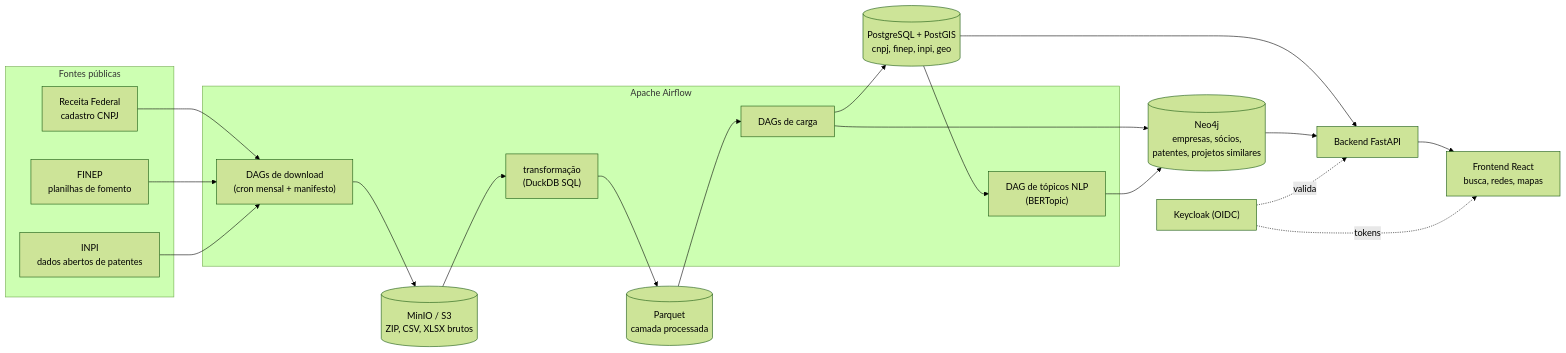
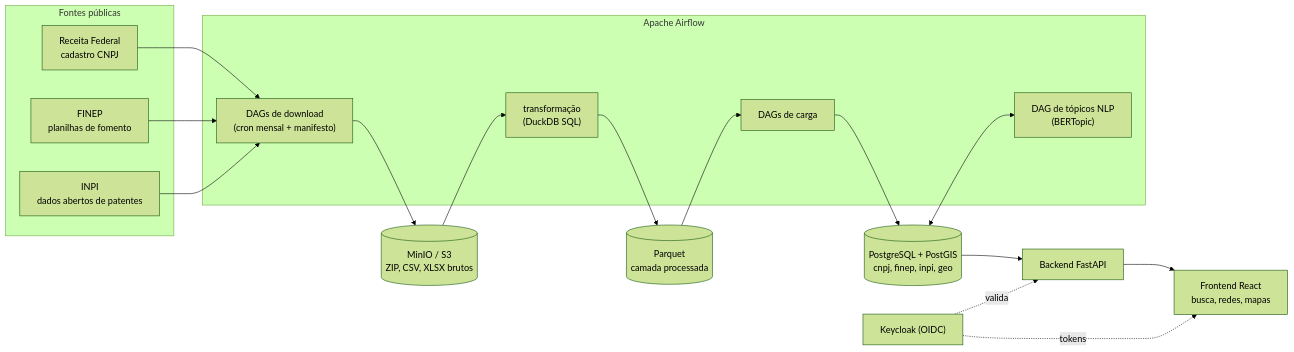
One commit to rodfileto/osint-platform changed the diagram in README.pt-BR.md. Above: the diagram before and after it, drawn with Mermaid (forest theme). The commit also changed other lines of this file and 62 other files, not shown here.

````diff
--- a/README.pt-BR.md
+++ b/README.pt-BR.md
@@ -19,31 +19,29 @@
 ```mermaid
 flowchart LR
     subgraph Sources["Fontes públicas"]
         RF["Receita Federal<br/>cadastro CNPJ"]
         FINEP["FINEP<br/>planilhas de fomento"]
         INPI["INPI<br/>dados abertos de patentes"]
     end
 
     subgraph Airflow["Apache Airflow"]
         DL["DAGs de download<br/>(cron mensal + manifesto)"]
         TR["transformação<br/>(DuckDB SQL)"]
         LD["DAGs de carga"]
         NLP["DAG de tópicos NLP<br/>(BERTopic)"]
     end
 
     RAW[("MinIO / S3<br/>ZIP, CSV, XLSX brutos")]
     PQ[("Parquet<br/>camada processada")]
     PG[("PostgreSQL + PostGIS<br/>cnpj, finep, inpi, geo")]
-    NEO[("Neo4j<br/>empresas, sócios,<br/>patentes, projetos similares")]
     API["Backend FastAPI"]
     UI["Frontend React<br/>busca, redes, mapas"]
     KC["Keycloak (OIDC)"]
 
     RF & FINEP & INPI --> DL --> RAW --> TR --> PQ --> LD
     LD --> PG
-    LD --> NEO
-    PG --> NLP --> NEO
-    PG & NEO --> API --> UI
+    PG <--> NLP
+    PG --> API --> UI
     KC -. tokens .-> UI
     KC -. valida .-> API
 ```
````
